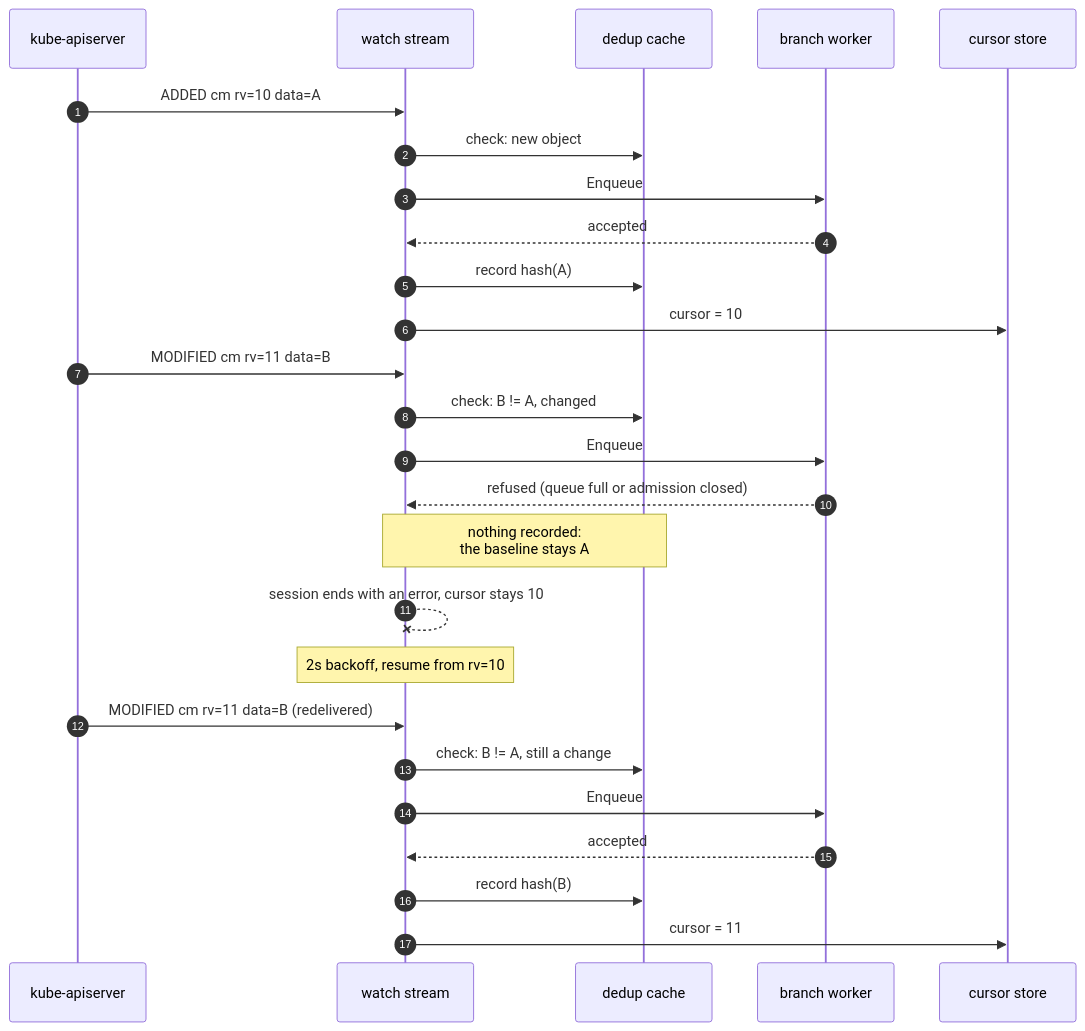
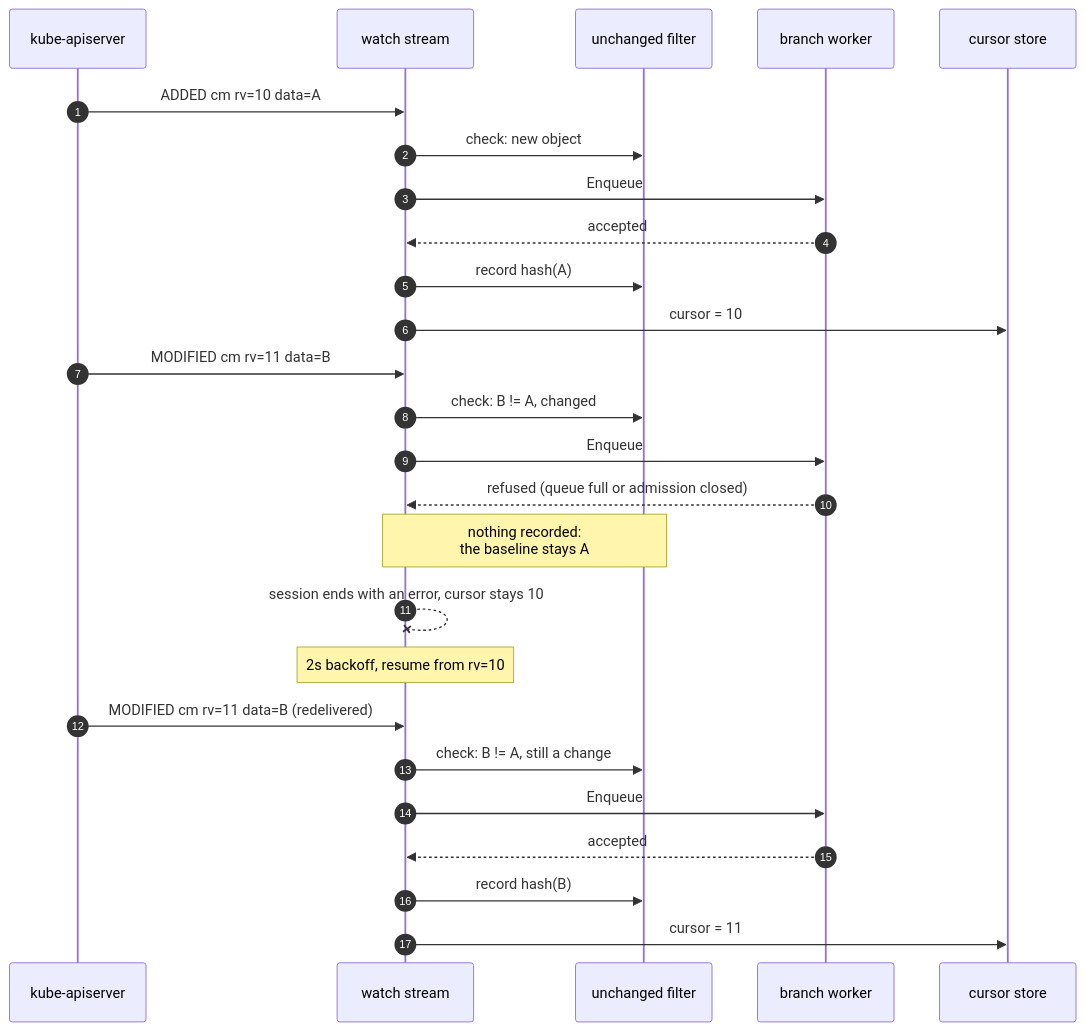
One commit to ConfigButler/gitops-reverser changed the third of 13 diagrams in docs/design/event-pipeline-overview.md. Above: the diagram before and after it, drawn with Mermaid. The commit also changed other lines of this file and 1 other file, not shown here.

First line of the commit message:
docs(design): plan the unchanged filter as per-stream memory, for review

````diff
--- a/docs/design/event-pipeline-overview.md
+++ b/docs/design/event-pipeline-overview.md
@@ -124,31 +124,31 @@
 ```mermaid
 sequenceDiagram
     autonumber
     participant API as kube-apiserver
     participant S as watch stream
-    participant D as dedup cache
+    participant D as unchanged filter
     participant W as branch worker
     participant C as cursor store
 
     API->>S: ADDED cm rv=10 data=A
     S->>D: check: new object
     S->>W: Enqueue
     W-->>S: accepted
     S->>D: record hash(A)
     S->>C: cursor = 10
 
     API->>S: MODIFIED cm rv=11 data=B
     S->>D: check: B != A, changed
     S->>W: Enqueue
     W-->>S: refused (queue full or admission closed)
     Note over S,D: nothing recorded:<br/>the baseline stays A
     S--xS: session ends with an error, cursor stays 10
 
     Note over S: 2s backoff, resume from rv=10
     API->>S: MODIFIED cm rv=11 data=B (redelivered)
     S->>D: check: B != A, still a change
     S->>W: Enqueue
     W-->>S: accepted
     S->>D: record hash(B)
     S->>C: cursor = 11
 ```
````
